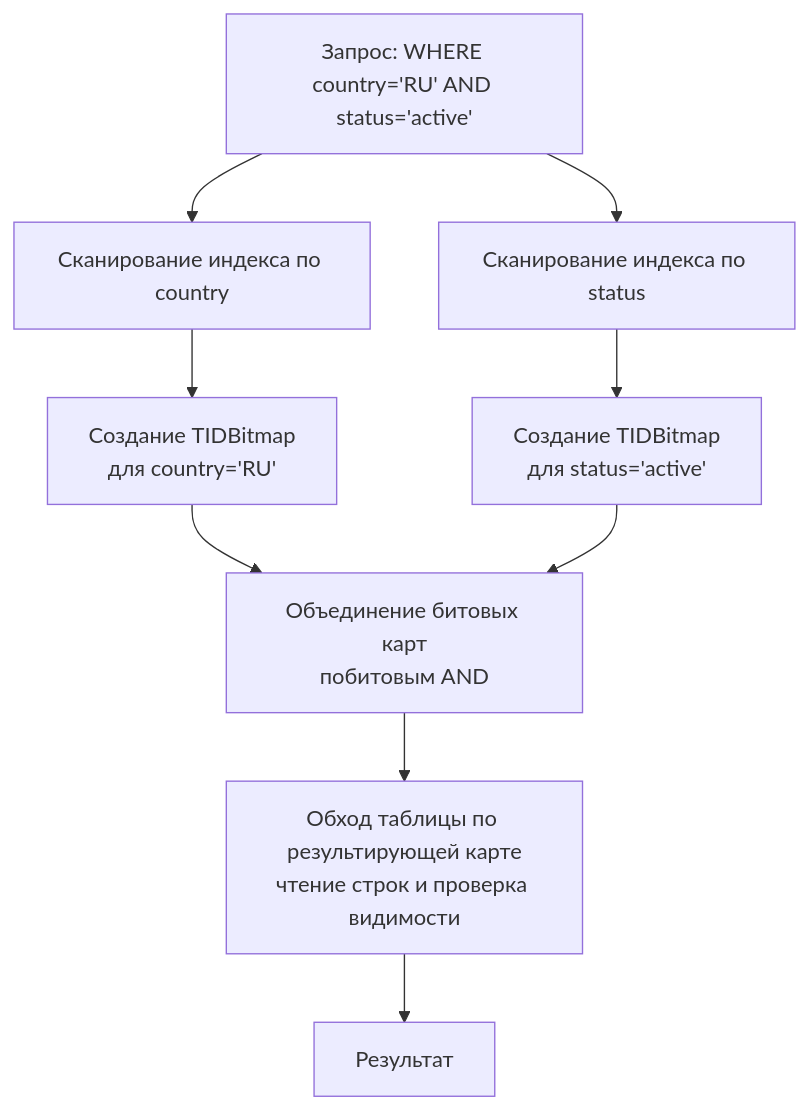
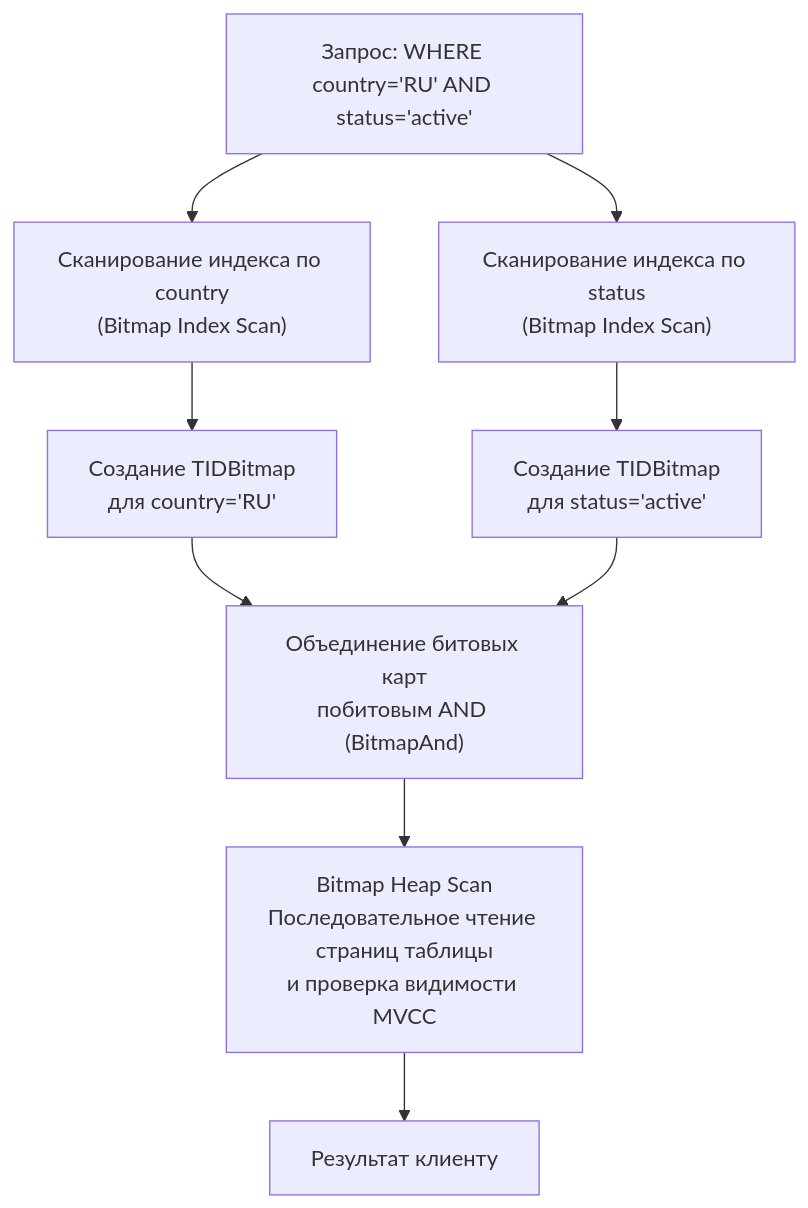
Before and after one commit to UnrealTemplier/go-textbook: the second of 2 diagrams in sources/12. Базы данных/04. Индексы и производительность/4. Bitmap индекс.md, drawn with Mermaid. The commit also changed other lines of this file, not shown here.

````diff
--- a/sources/12. Базы данных/04. Индексы и производительность/4. Bitmap индекс.md
+++ b/sources/12. Базы данных/04. Индексы и производительность/4. Bitmap индекс.md
@@ -44,20 +124,20 @@
 ```mermaid
 flowchart TD
     Query["Запрос: WHERE country='RU' AND status='active'"]
-    CountryIdx["Сканирование индекса по country"]
-    StatusIdx["Сканирование индекса по status"]
+    CountryIdx["Сканирование индекса по country<br>(Bitmap Index Scan)"]
+    StatusIdx["Сканирование индекса по status<br>(Bitmap Index Scan)"]
     Bitmap1["Создание TIDBitmap<br>для country='RU'"]
     Bitmap2["Создание TIDBitmap<br>для status='active'"]
-    Combine["Объединение битовых карт<br>побитовым AND"]
-    HeapScan["Обход таблицы по результирующей карте<br>чтение строк и проверка видимости"]
-    Result["Результат"]
+    Combine["Объединение битовых карт<br>побитовым AND (BitmapAnd)"]
+    HeapScan["Bitmap Heap Scan<br>Последовательное чтение страниц таблицы<br>и проверка видимости MVCC"]
+    Result["Результат клиенту"]
 
     Query --> CountryIdx
     Query --> StatusIdx
     CountryIdx --> Bitmap1
     StatusIdx --> Bitmap2
     Bitmap1 --> Combine
     Bitmap2 --> Combine
     Combine --> HeapScan
     HeapScan --> Result
 ```
````
